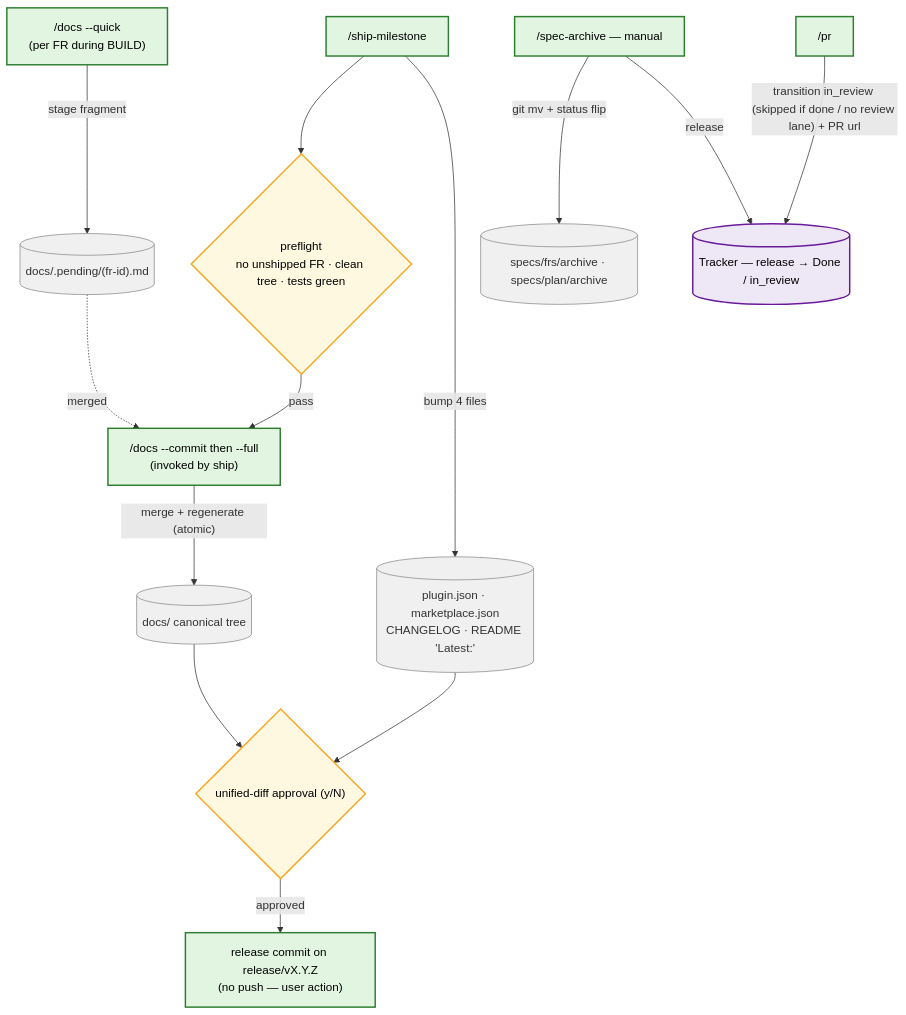
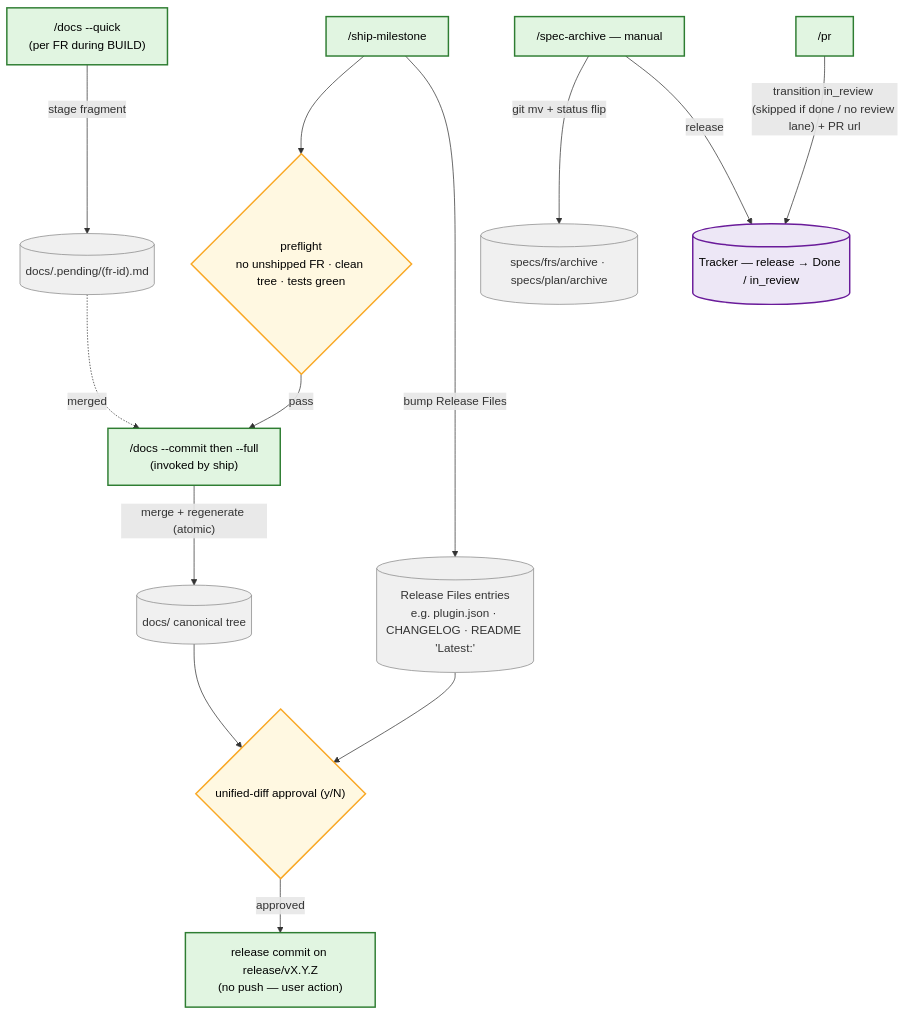
The fifth of 6 diagrams in plugins/dev-process-toolkit/docs/workflow-overview.md (nesquikm/dev-process-toolkit), drawn with Mermaid before and after one commit. The commit also changed other lines of this file and 13 other files, not shown here.

````diff
--- a/plugins/dev-process-toolkit/docs/workflow-overview.md
+++ b/plugins/dev-process-toolkit/docs/workflow-overview.md
@@ -158,34 +158,34 @@
 ```mermaid
 flowchart TD
     classDef skill fill:#e1f5e1,stroke:#2e7d32,stroke-width:2px,color:#000
     classDef gate fill:#fff8e1,stroke:#f9a825,stroke-width:2px,color:#000
     classDef artifact fill:#f0f0f0,stroke:#888,stroke-width:1px,color:#333
     classDef tracker fill:#ede7f6,stroke:#6a1b9a,stroke-width:2px,color:#000
 
     docsq["/docs --quick<br/>(per FR during BUILD)"]:::skill
     aPending[("docs/.pending/(fr-id).md")]:::artifact
     ship["/ship-milestone"]:::skill
     gShip{"preflight<br/>no unshipped FR · clean tree · tests green"}:::gate
     docscf["/docs --commit then --full<br/>(invoked by ship)"]:::skill
     aTree[("docs/ canonical tree")]:::artifact
-    aRel[("plugin.json · marketplace.json<br/>CHANGELOG · README 'Latest:'")]:::artifact
+    aRel[("Release Files entries<br/>e.g. plugin.json · CHANGELOG · README 'Latest:'")]:::artifact
     gDiff{"unified-diff approval (y/N)"}:::gate
     commit["release commit on release/vX.Y.Z<br/>(no push — user action)"]:::skill
 
     archive["/spec-archive — manual"]:::skill
     aArch[("specs/frs/archive · specs/plan/archive")]:::artifact
     pr["/pr"]:::skill
     trk[("Tracker — release → Done / in_review")]:::tracker
 
     docsq -->|"stage fragment"| aPending
     ship --> gShip -->|"pass"| docscf
     aPending -.->|"merged"| docscf
     docscf -->|"merge + regenerate (atomic)"| aTree
-    ship -->|"bump 4 files"| aRel
+    ship -->|"bump Release Files"| aRel
     aTree --> gDiff
     aRel --> gDiff
     gDiff -->|"approved"| commit
     archive -->|"git mv + status flip"| aArch
     archive -->|"release"| trk
     pr -->|"transition in_review (skipped if done / no review lane) + PR url"| trk
 ```
````
